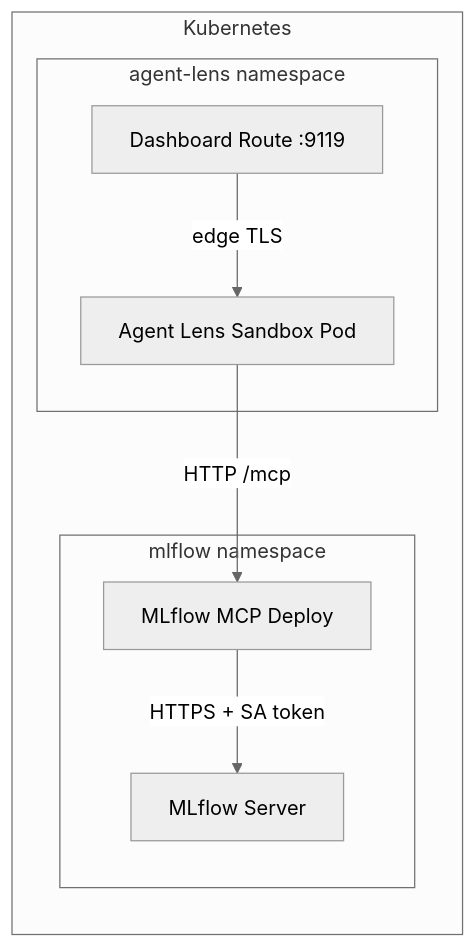
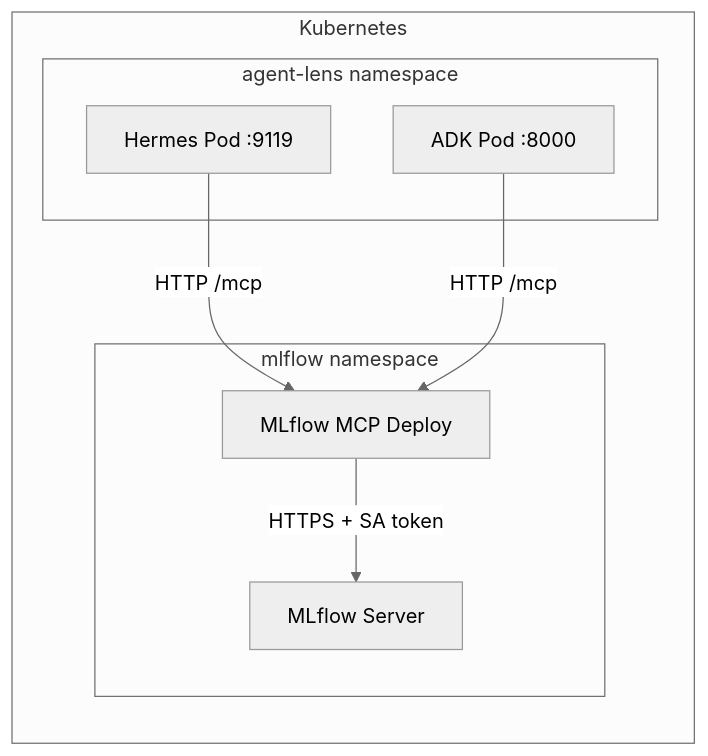
One commit to rrbanda/agent-lens changed the second of 2 diagrams in docs-site/docs/architecture.md. Above: the diagram before and after it, drawn with Mermaid. The commit also changed other lines of this file and 17 other files, not shown here.

````diff
--- a/docs-site/docs/architecture.md
+++ b/docs-site/docs/architecture.md
@@ -174,18 +181,18 @@
 ```mermaid
 %%{init: {'theme': 'neutral'}}%%
 graph LR
     subgraph Kubernetes
         subgraph agent-ns["agent-lens namespace"]
-            Sandbox[Agent Lens Sandbox Pod]
-            Dashboard[Dashboard Route :9119]
+            HermesPod["Hermes Pod :9119"]
+            ADKPod["ADK Pod :8000"]
         end
         subgraph mlflow-ns["mlflow namespace"]
             MCP[MLflow MCP Deploy]
             MLflow[MLflow Server]
         end
     end
     
-    Sandbox -->|HTTP /mcp| MCP
+    HermesPod -->|HTTP /mcp| MCP
+    ADKPod -->|HTTP /mcp| MCP
     MCP -->|HTTPS + SA token| MLflow
-    Dashboard -->|edge TLS| Sandbox
 ```
````
